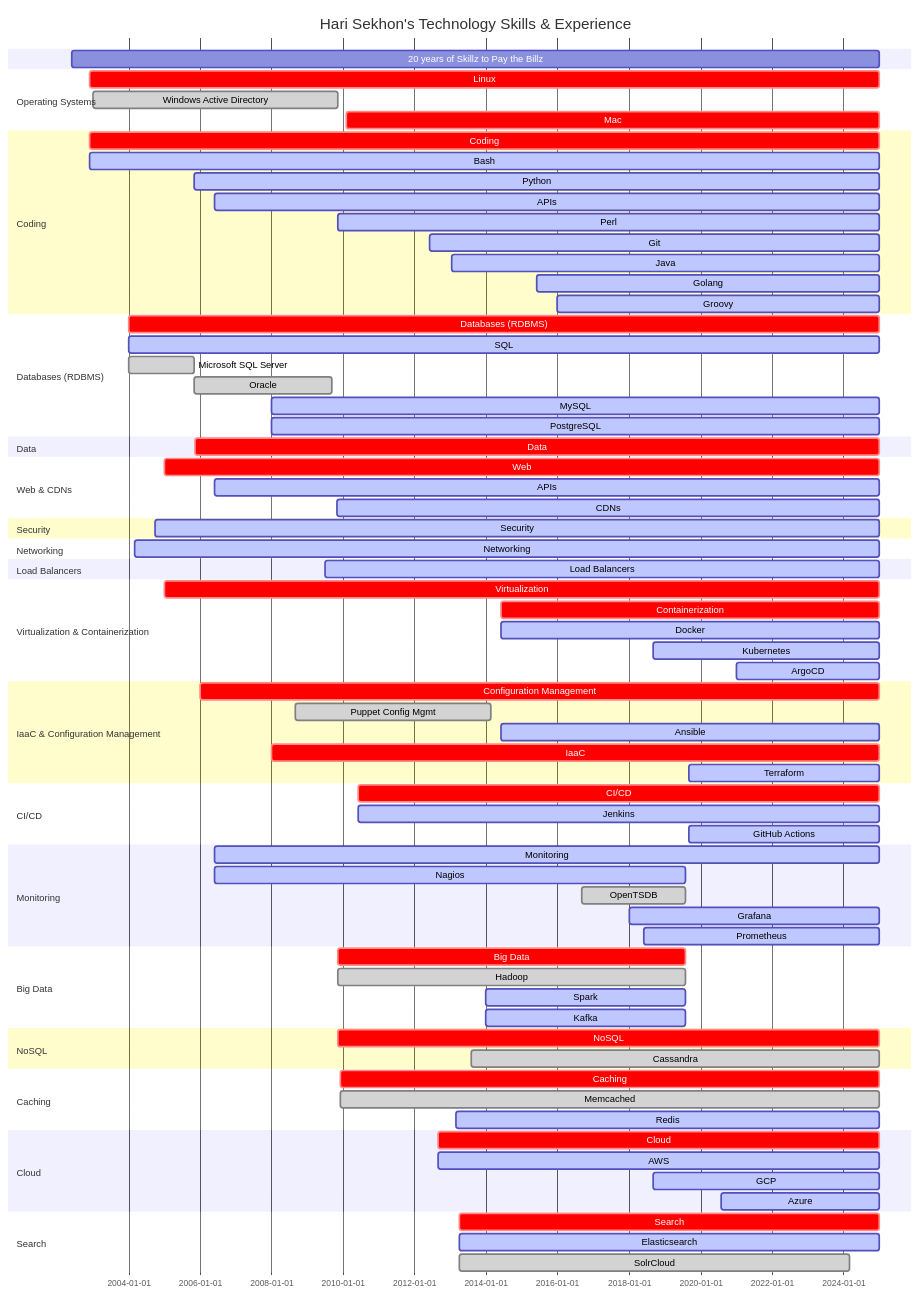
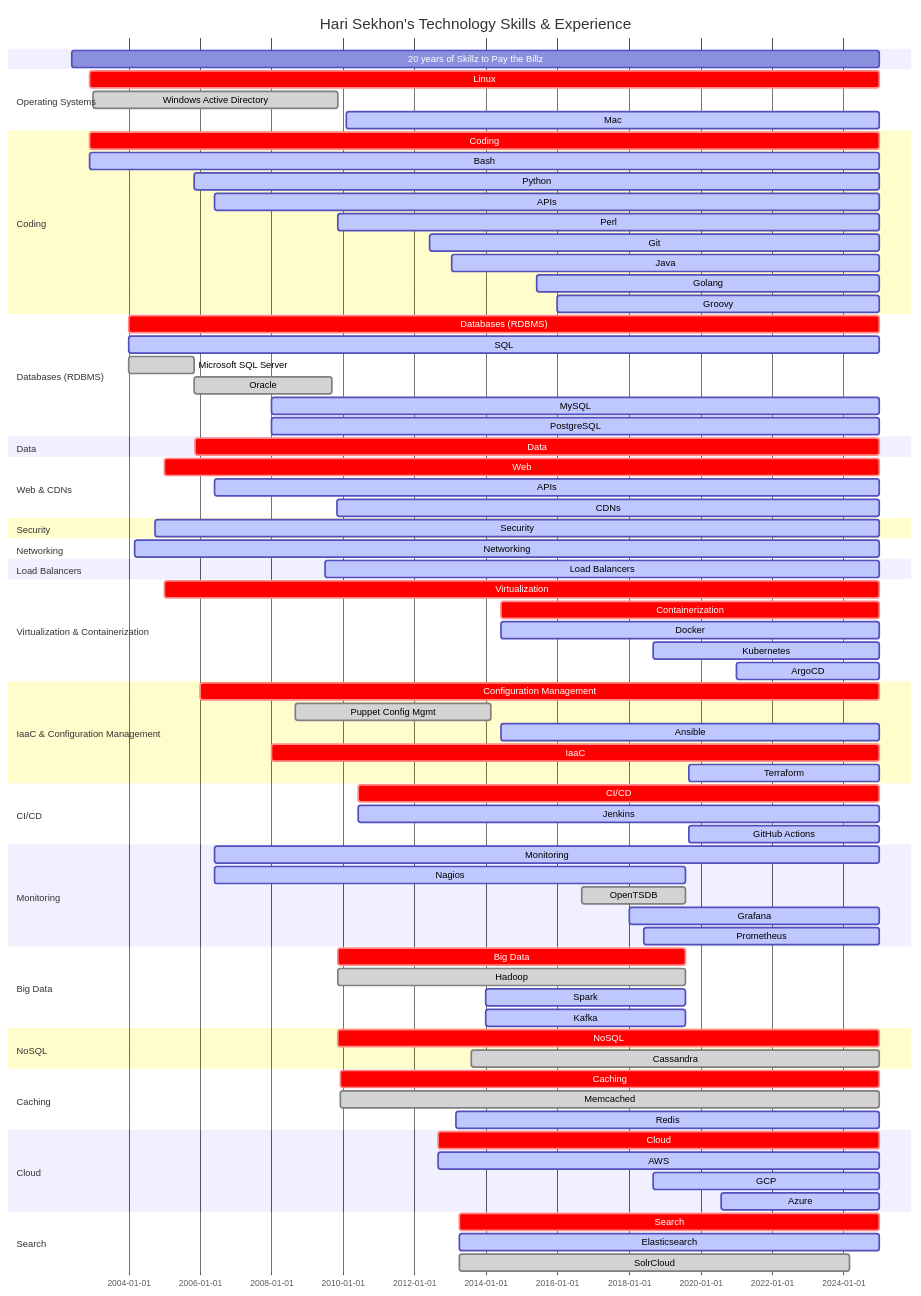
One commit to HariSekhon/HariSekhon changed the diagram in README.md. Above: the diagram before and after it, drawn with Mermaid.

```diff
--- a/README.md
+++ b/README.md
@@ -287,7 +287,7 @@
     %%Gentoo Linux             : done, 2004-06-01, 2009-11-10
     %%Ubuntu Linux             : active, 2006-06-01, 2024-12-31
     %%Alpine Linux             : done, 2016-01-01, 2024-12-31
-    Mac                      : crit, 2010-02-01, 2024-12-31
+    Mac                      : active, 2010-02-01, 2024-12-31
 
     section Coding
     Coding                 : crit, 2002-12-01, 2024-12-31
```
